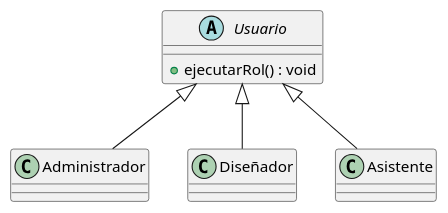
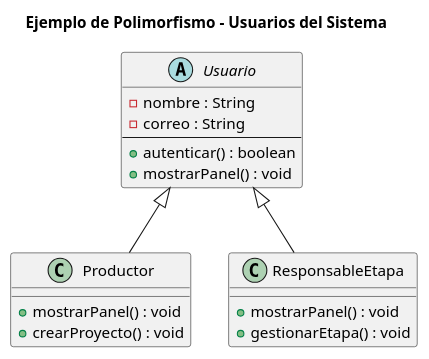
One commit to GonzaloBarbano/SistemaProductoraVideos changed the diagram in diagramas/01-diagrama-clases/Ejemplo-de-Polimorfismo(Santiago-Samitier).puml. Above: the diagram before and after it, drawn with PlantUML. The commit also changed 17 other files, not shown here.

```diff
--- a/diagramas/01-diagrama-clases/Ejemplo-de-Polimorfismo(Santiago-Samitier).puml
+++ b/diagramas/01-diagrama-clases/Ejemplo-de-Polimorfismo(Santiago-Samitier).puml
@@ -1,13 +1,25 @@
 @startuml
+title Ejemplo de Polimorfismo - Usuarios del Sistema
+
 abstract class Usuario {
-  + ejecutarRol() : void
+    - nombre : String
+    - correo : String
+    --
+    + autenticar() : boolean
+    + mostrarPanel() : void
 }
 
-class Administrador
-class Diseñador
-class Asistente
+class Productor {
+    + mostrarPanel() : void
+    + crearProyecto() : void
+}
 
-Usuario <|-- Administrador
-Usuario <|-- Diseñador
-Usuario <|-- Asistente
+class ResponsableEtapa {
+    + mostrarPanel() : void
+    + gestionarEtapa() : void
+}
+
+Usuario <|-- Productor
+Usuario <|-- ResponsableEtapa
+
 @enduml
```
